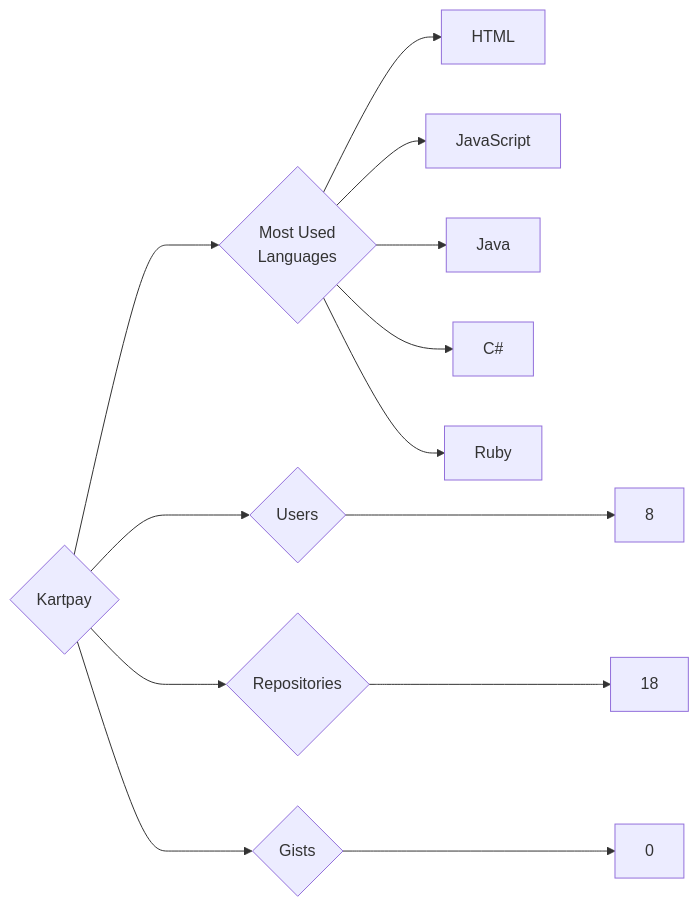
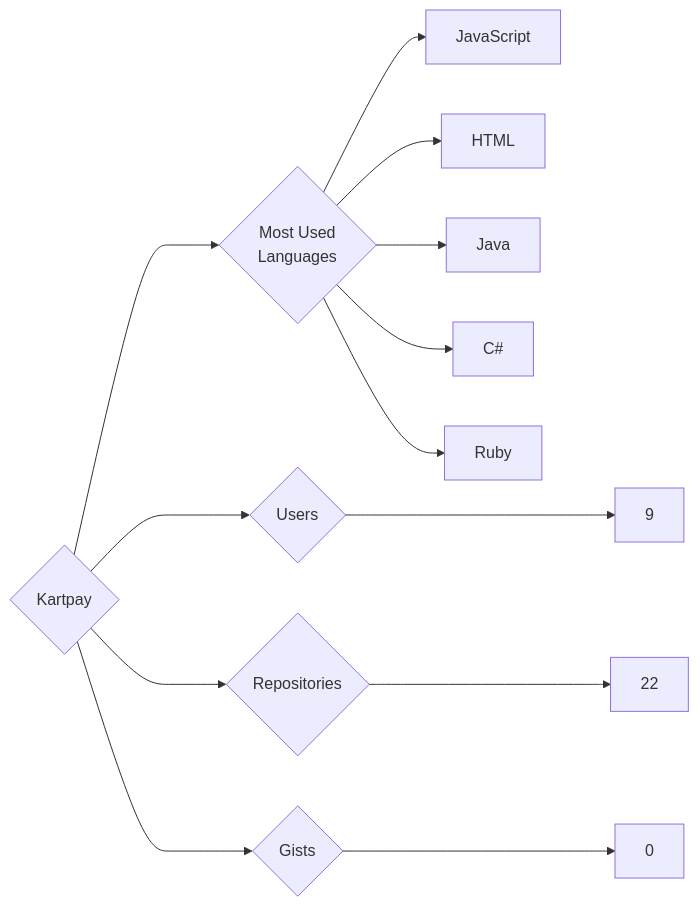
One commit to trickest/insiders changed the diagram in targets/Kartpay/README.md. Above: the diagram before and after it, drawn with Mermaid. The commit also changed 1389 other files, not shown here.

````diff
--- a/targets/Kartpay/README.md
+++ b/targets/Kartpay/README.md
@@ -3,13 +3,13 @@
 ```mermaid
 graph LR
 COMPANY_NAME{Kartpay}
-COMPANY_NAME ---> U{Users} ---> UN[8]
-COMPANY_NAME ---> R{Repositories} ---> RN[18]
+COMPANY_NAME ---> U{Users} ---> UN[9]
+COMPANY_NAME ---> R{Repositories} ---> RN[22]
 COMPANY_NAME ---> G{Gists} ---> GN[0]
 COMPANY_NAME ---> ML{Most Used<br>Languages}
+ML --> JavaScript[JavaScript]
 ML --> HTML[HTML]
-ML --> JavaScript[JavaScript]
 ML --> Java[Java]
 ML --> C#[C#]
 ML --> Ruby[Ruby]
 ```
````
